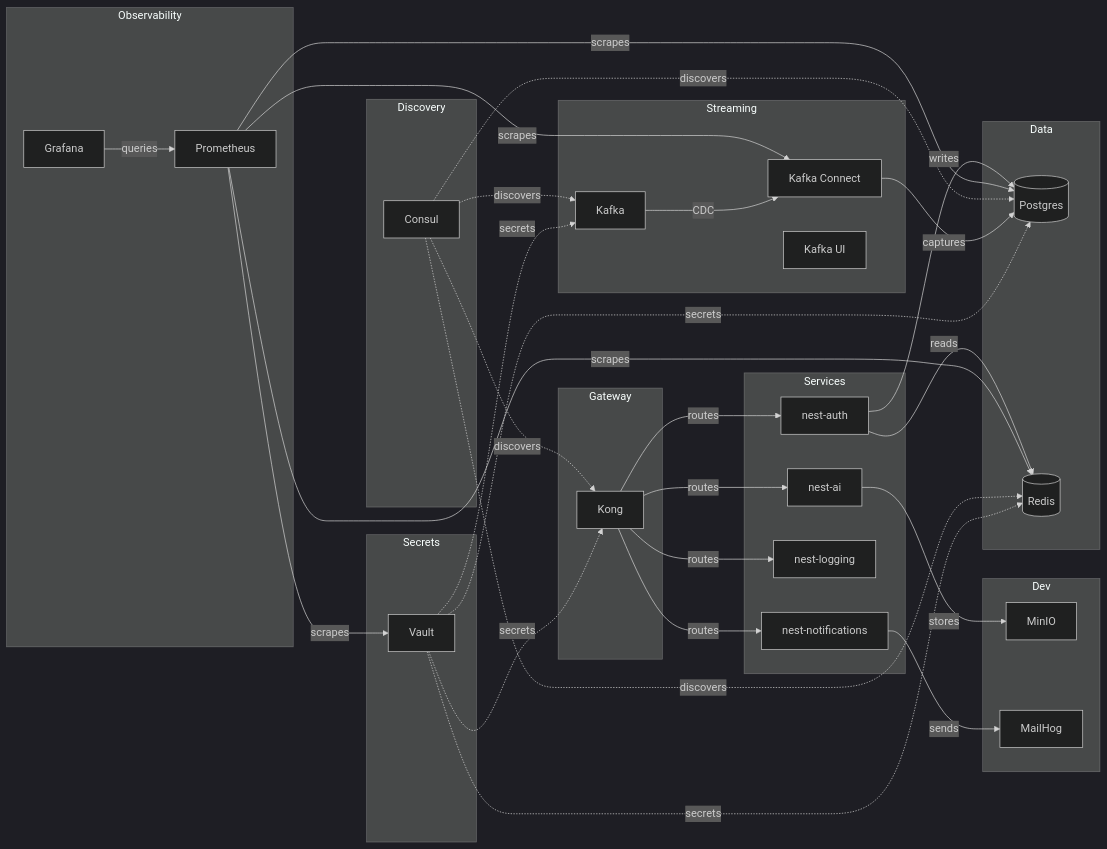
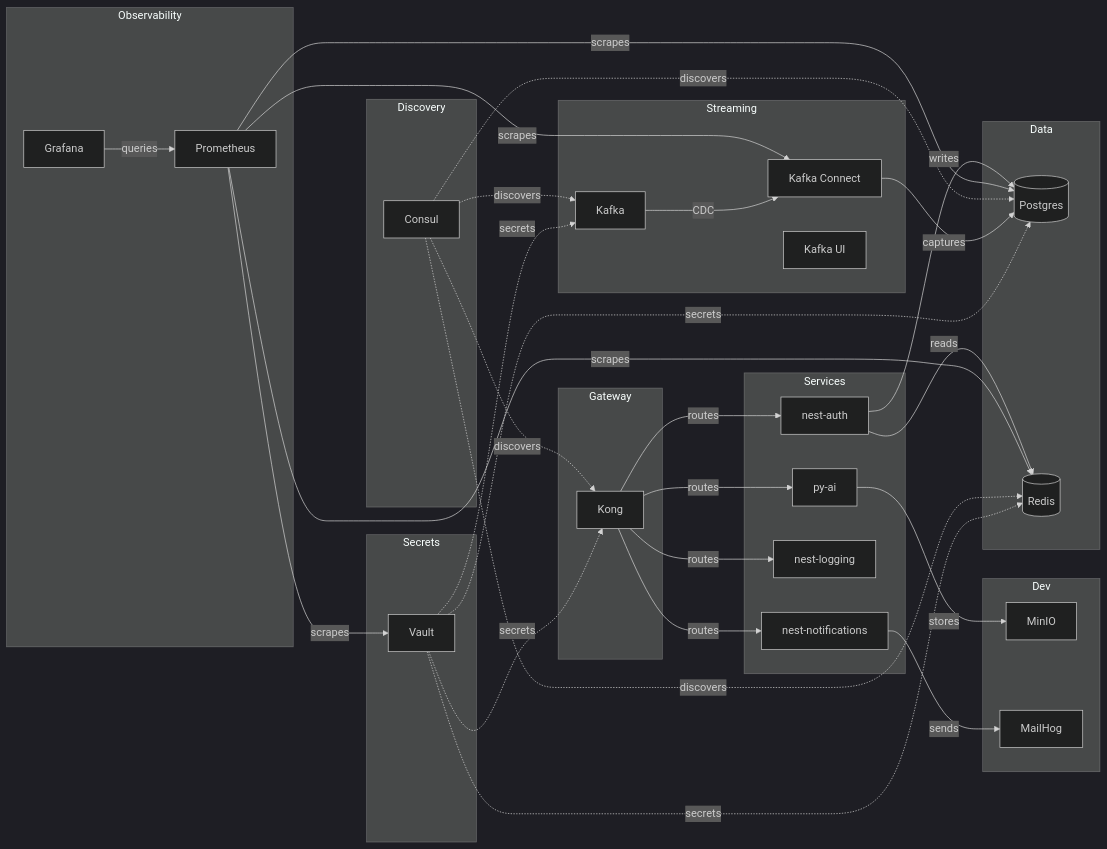
The diagram in profile/README.md (sca-templates/.github), drawn with Mermaid (dark theme) before and after one commit. The commit also changed other lines of this file, not shown here.

````diff
--- a/profile/README.md
+++ b/profile/README.md
@@ -81,71 +81,71 @@
 ```mermaid
 flowchart LR
   subgraph Secrets
     V[Vault]
   end
 
   subgraph Data
     PG[(Postgres)]
     RD[(Redis)]
   end
 
   subgraph Streaming
     K[Kafka]
     KC[Kafka Connect]
     UI[Kafka UI]
   end
 
   subgraph Gateway
     KO[Kong]
   end
 
   subgraph Discovery
     CO[Consul]
   end
 
   subgraph Observability
     P[Prometheus]
     G[Grafana]
   end
 
   subgraph Dev
     MI[MinIO]
     MH[MailHog]
   end
 
   subgraph Services
     AUTH[nest-auth]
     NOTI[nest-notifications]
     LOG[nest-logging]
-    AI[nest-ai]
+    AI[py-ai]
   end
 
   V -.->|secrets| PG
   V -.->|secrets| RD
   V -.->|secrets| K
   V -.->|secrets| KO
 
   K -->|CDC| KC
   KC -->|captures| PG
 
   KO -->|routes| AUTH
   KO -->|routes| NOTI
   KO -->|routes| LOG
   KO -->|routes| AI
 
   CO -.->|discovers| K
   CO -.->|discovers| PG
   CO -.->|discovers| RD
   CO -.->|discovers| KO
 
   P -->|scrapes| V
   P -->|scrapes| PG
   P -->|scrapes| RD
   P -->|scrapes| KC
   G -->|queries| P
 
   AUTH -->|reads| RD
   AUTH -->|writes| PG
   NOTI -->|sends| MH
   AI -->|stores| MI
 ```
````
